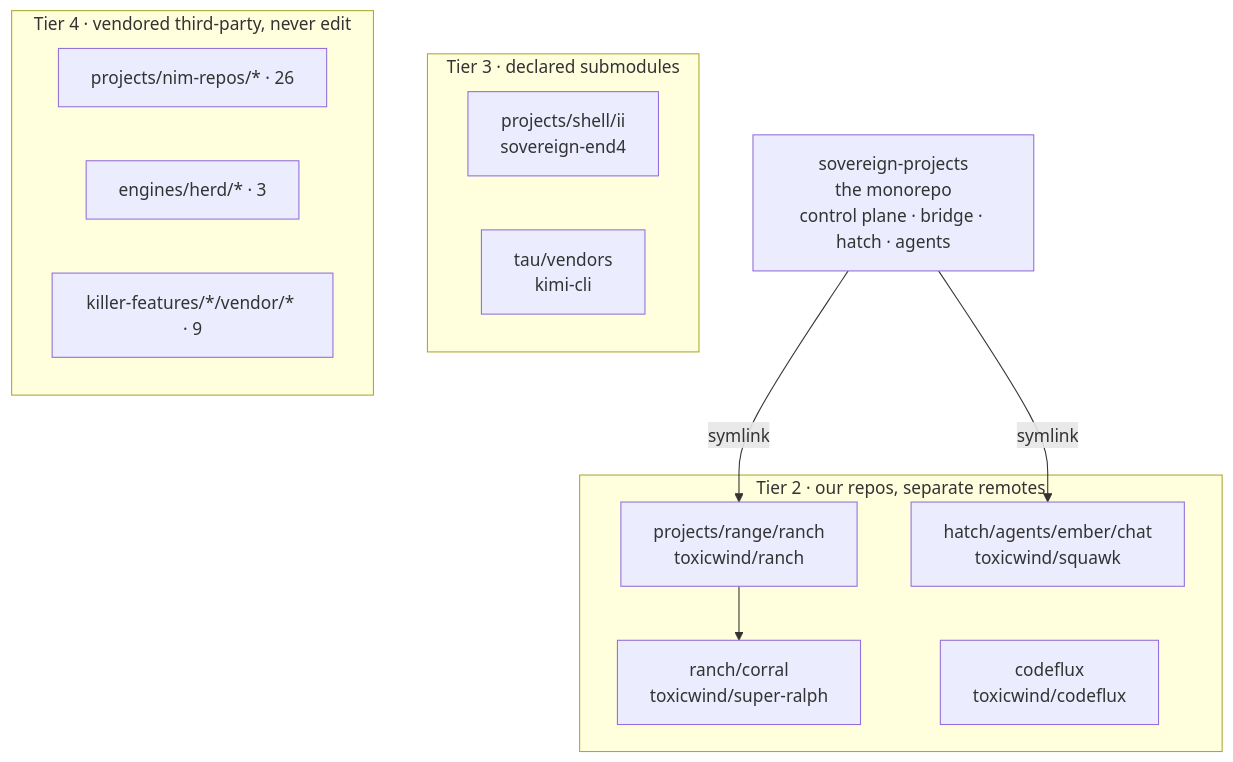
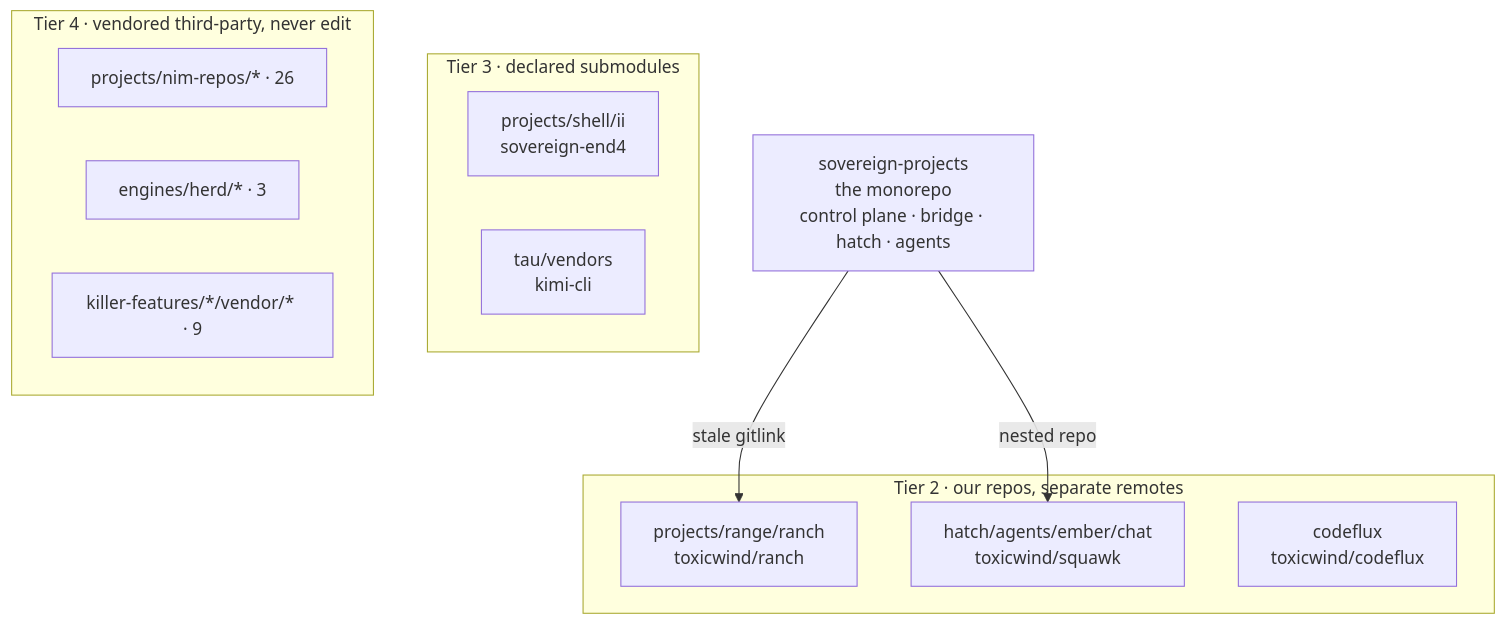
One commit to toxicwind/estate changed the first of 4 diagrams in README.md. Above: the diagram before and after it, drawn with Mermaid. The commit also changed other lines of this file and 2 other files, not shown here.

First line of the commit message:
docs: marquee deconfusion pass — ranch flatten, stale paths removed

````diff
--- a/README.md
+++ b/README.md
@@ -100,22 +101,20 @@
 ```mermaid
 flowchart TB
     SP["sovereign-projects<br/>the monorepo<br/>control plane · bridge · hatch · agents"]
     subgraph nested["Tier 2 · our repos, separate remotes"]
         RANCH["projects/range/ranch<br/>toxicwind/ranch"]
-        CORRAL["ranch/corral<br/>toxicwind/super-ralph"]
         SQ["hatch/agents/ember/chat<br/>toxicwind/squawk"]
         CF["codeflux<br/>toxicwind/codeflux"]
     end
     subgraph sub["Tier 3 · declared submodules"]
         II["projects/shell/ii<br/>sovereign-end4"]
         KV["tau/vendors<br/>kimi-cli"]
     end
     subgraph vend["Tier 4 · vendored third-party, never edit"]
         NIM["projects/nim-repos/* · 26"]
         ENG["engines/herd/* · 3"]
         KILL["killer-features/*/vendor/* · 9"]
     end
-    RANCH --> CORRAL
-    SP -->|symlink| RANCH
-    SP -->|symlink| SQ
+    SP -->|stale gitlink| RANCH
+    SP -->|nested repo| SQ
 ```
````
